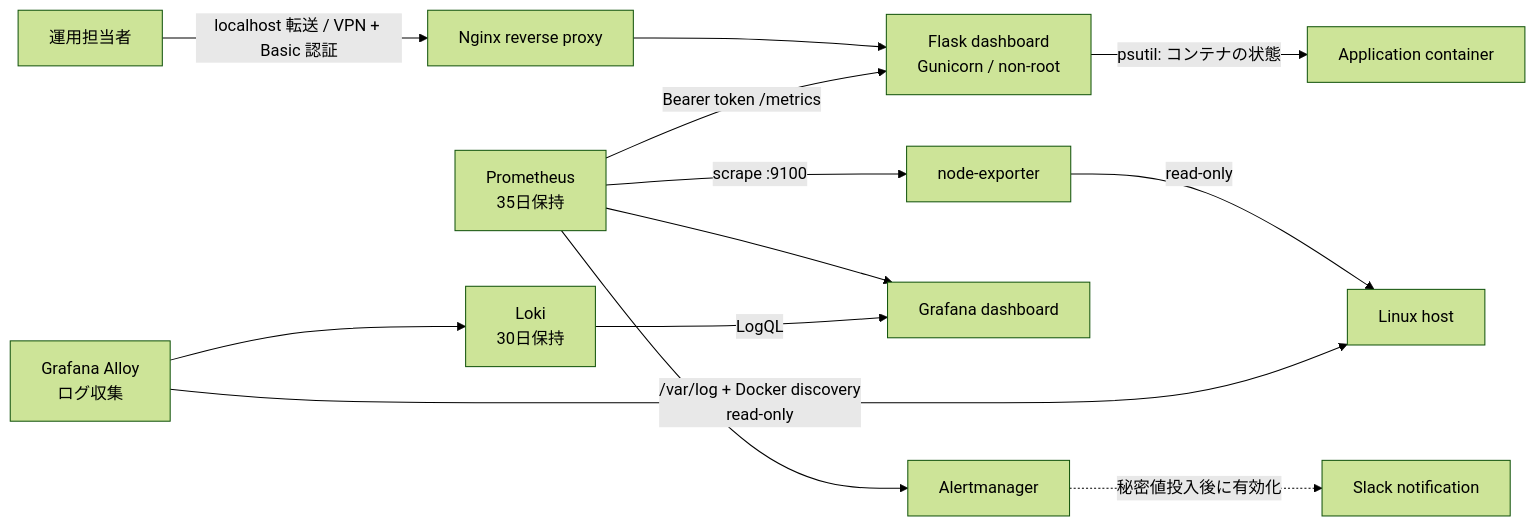
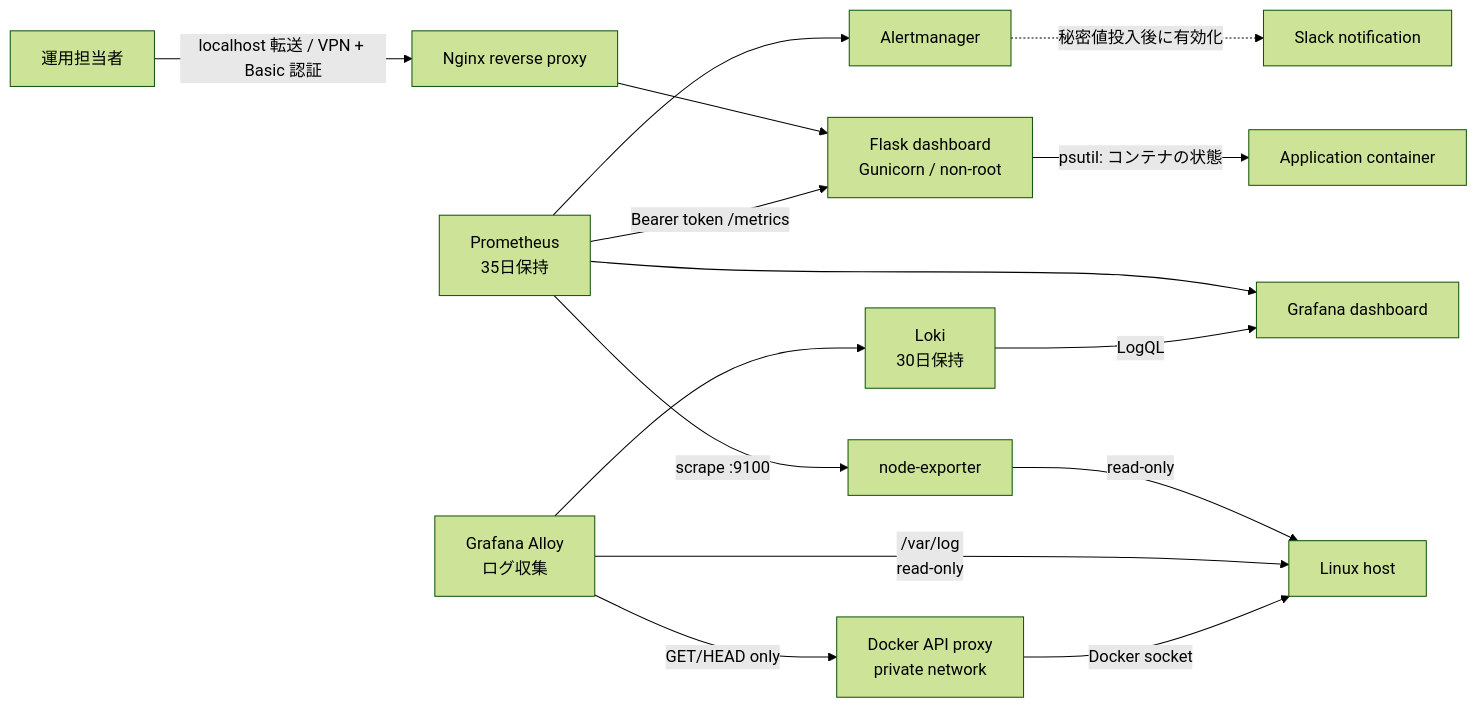
Before and after one commit to ns7jp/server: the first of 2 diagrams in docs/architecture.md, drawn with Mermaid (forest theme). The commit also changed other lines of this file and 27 other files, not shown here.

````diff
--- a/docs/architecture.md
+++ b/docs/architecture.md
@@ -9,17 +9,19 @@
 ```mermaid
 flowchart LR
     User["運用担当者"] -->|"localhost 転送 / VPN + Basic 認証"| Nginx["Nginx reverse proxy"]
     Nginx --> App["Flask dashboard<br/>Gunicorn / non-root"]
     App -->|"psutil: コンテナの状態"| Container["Application container"]
 
     Prom["Prometheus<br/>35日保持"] -->|"Bearer token /metrics"| App
     Prom -->|"scrape :9100"| Node["node-exporter"]
     Node -->|"read-only"| Host["Linux host"]
     Prom --> Grafana["Grafana dashboard"]
     Prom --> Alert["Alertmanager"]
     Alert -.->|"秘密値投入後に有効化"| Slack["Slack notification"]
 
-    Alloy["Grafana Alloy<br/>ログ収集"] -->|"/var/log + Docker discovery<br/>read-only"| Host
+    Alloy["Grafana Alloy<br/>ログ収集"] -->|"/var/log<br/>read-only"| Host
+    Alloy -->|"GET/HEAD only"| DockerProxy["Docker API proxy<br/>private network"]
+    DockerProxy -->|"Docker socket"| Host
     Alloy --> Loki["Loki<br/>30日保持"]
     Loki -->|"LogQL"| Grafana
 ```
````
